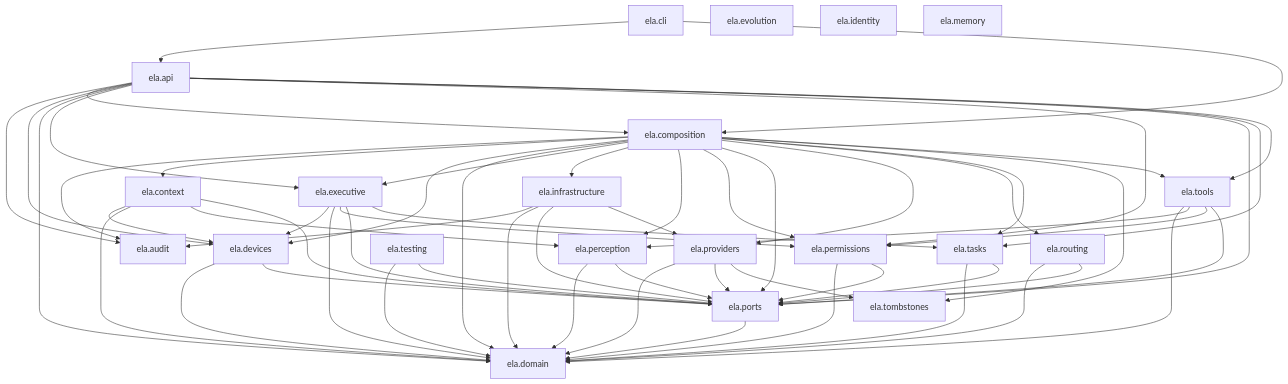
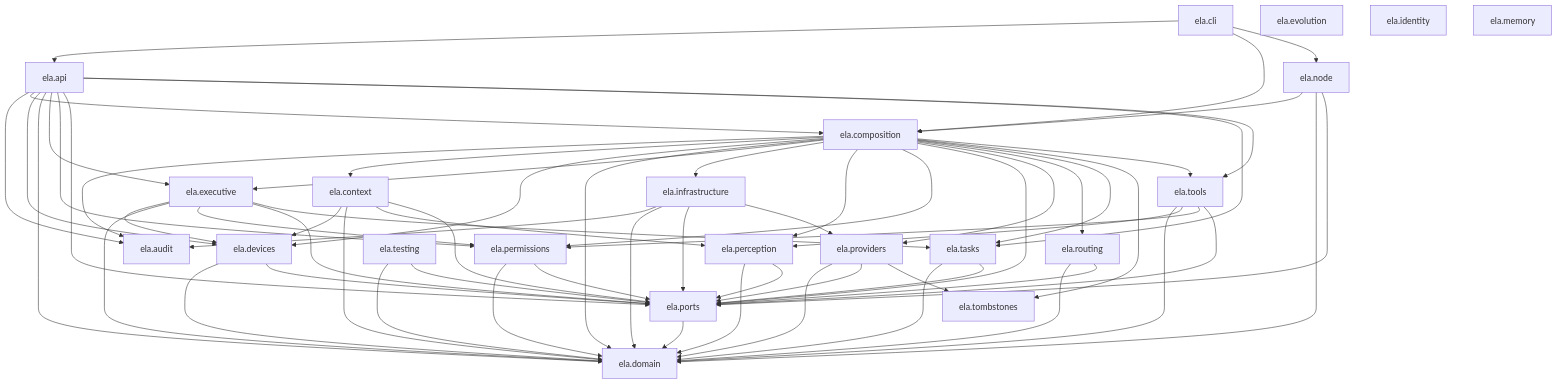
The first of 2 diagrams in docs/ARCHITECTURE.md (silvitommaso10-spec/ELA), drawn with Mermaid before and after one commit. The commit also changed other lines of this file and 41 other files, not shown here.

```diff
--- a/docs/ARCHITECTURE.md
+++ b/docs/ARCHITECTURE.md
@@ -47,6 +47,7 @@
     identity[ela.identity]
     infrastructure[ela.infrastructure]
     memory[ela.memory]
+    node[ela.node]
     perception[ela.perception]
     permissions[ela.permissions]
     ports[ela.ports]
@@ -67,6 +68,7 @@
     api --> tools
     cli --> api
     cli --> composition
+    cli --> node
     composition --> audit
     composition --> context
     composition --> devices
@@ -96,6 +98,9 @@
     infrastructure --> domain
     infrastructure --> ports
     infrastructure --> providers
+    node --> composition
+    node --> domain
+    node --> ports
     perception --> domain
     perception --> ports
     permissions --> domain
```
